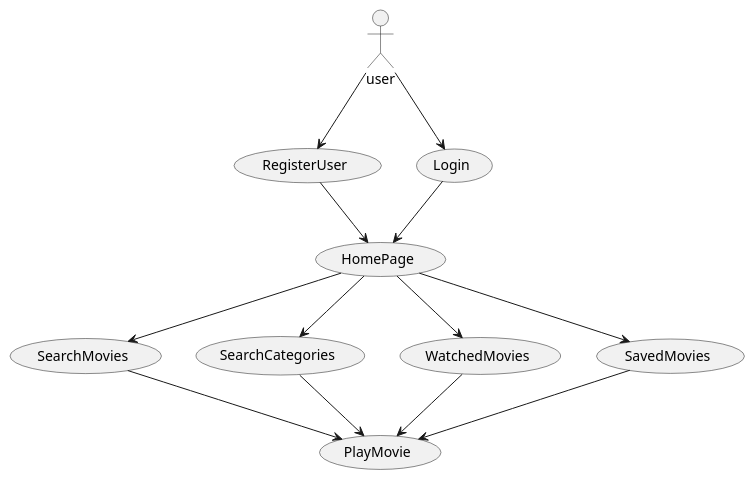
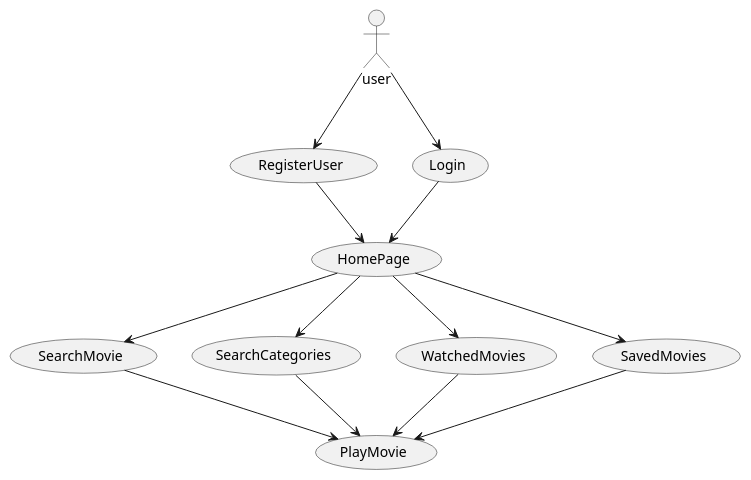
Before and after one commit to BesimaP/SP3---Streaming---Tjeneste: the diagram in doc/dynamic/usecase2.puml, drawn with PlantUML. The commit also changed 1 other file, not shown here.

```diff
--- a/doc/dynamic/usecase2.puml
+++ b/doc/dynamic/usecase2.puml
@@ -1,28 +1,28 @@
 @startuml
 
 actor user as u
 
 usecase "RegisterUser" as UC1
 usecase "Login" as UC2
 usecase "HomePage" as UC3
-usecase "SearchMovies" as UC4
+usecase "SearchMovie" as UC4
 usecase "SearchCategories" as UC5
 usecase "WatchedMovies" as UC6
 usecase "SavedMovies" as UC7
 usecase "PlayMovie" as UC8
 
 
 u --> UC1
 u --> UC2
 UC1 --> UC3
 UC2 --> UC3
 UC3 --> UC4
 UC3 --> UC5
 UC3 --> UC6
 UC3 --> UC7
 UC4 --> UC8
 UC5 --> UC8
 UC6 --> UC8
 UC7 --> UC8
 
 @enduml
```
